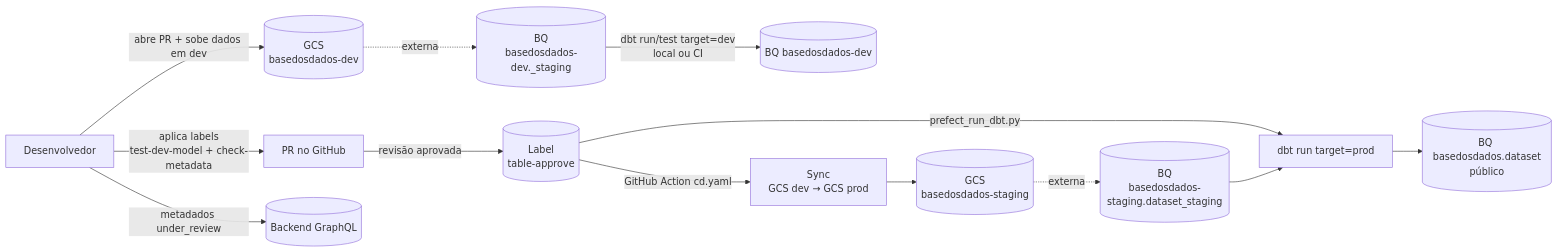
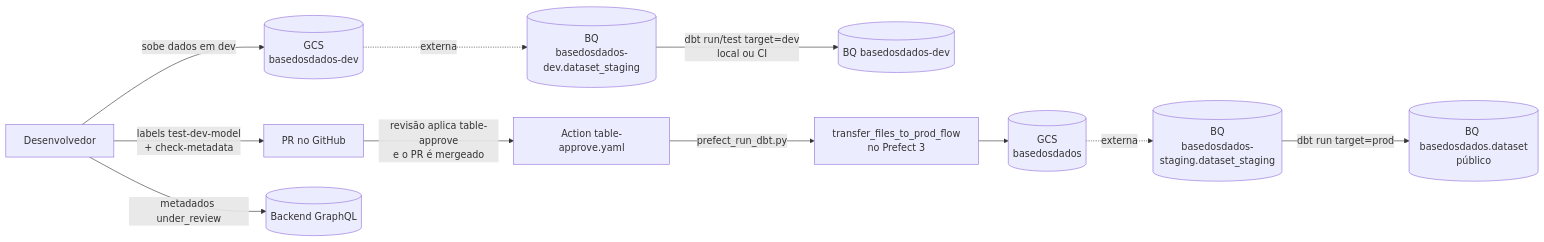
One commit to basedosdados/manual-equipe-dados changed the third of 3 diagrams in docs/onboarding/fluxo-de-dados-e-infraestrutura.md. Above: the diagram before and after it, drawn with Mermaid. The commit also changed other lines of this file, not shown here.

Commit message:
docs(onboarding): atualiza fluxo de dados e infraestrutura para o Prefect 3

````diff
--- a/docs/onboarding/fluxo-de-dados-e-infraestrutura.md
+++ b/docs/onboarding/fluxo-de-dados-e-infraestrutura.md
@@ -139,15 +146,13 @@
 ```mermaid
 flowchart LR
-    DEV[Desenvolvedor] -->|abre PR + sobe dados em dev| GDEV[(GCS<br/>basedosdados-dev)]
-    GDEV -. externa .-> BQDS[(BQ<br/>basedosdados-dev._staging)]
+    DEV[Desenvolvedor] -->|sobe dados em dev| GDEV[(GCS<br/>basedosdados-dev)]
+    GDEV -. externa .-> BQDS[(BQ<br/>basedosdados-dev.dataset_staging)]
     BQDS -- dbt run/test target=dev<br/>local ou CI --> BQD[(BQ basedosdados-dev)]
-    DEV -->|aplica labels<br/>test-dev-model + check-metadata| PR[PR no GitHub]
-    PR -->|revisão aprovada| APP[(Label<br/>table-approve)]
-    APP -->|GitHub Action cd.yaml| SYNC[Sync<br/>GCS dev → GCS prod]
-    SYNC --> GPRD[(GCS<br/>basedosdados-staging)]
+    DEV -->|labels test-dev-model<br/>+ check-metadata| PR[PR no GitHub]
+    PR -->|revisão aplica table-approve<br/>e o PR é mergeado| ACT[Action table-approve.yaml]
+    ACT -->|prefect_run_dbt.py| TF[transfer_files_to_prod_flow<br/>no Prefect 3]
+    TF --> GPRD[(GCS<br/>basedosdados)]
     GPRD -. externa .-> BQPS[(BQ<br/>basedosdados-staging.dataset_staging)]
-    APP -->|prefect_run_dbt.py| DBTP[dbt run target=prod]
-    BQPS --> DBTP
-    DBTP --> BQP[(BQ basedosdados.dataset<br/>público)]
+    BQPS -- dbt run target=prod --> BQP[(BQ basedosdados.dataset<br/>público)]
     DEV -->|metadados under_review| API[(Backend GraphQL)]
 ```
````
